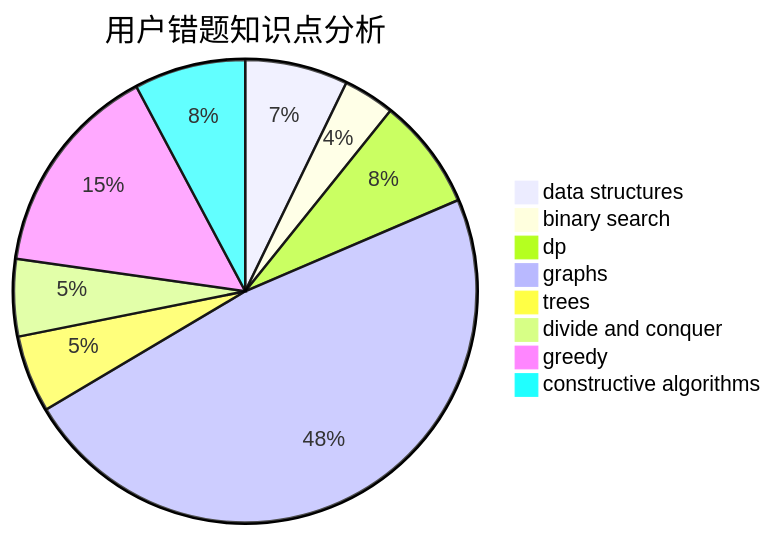
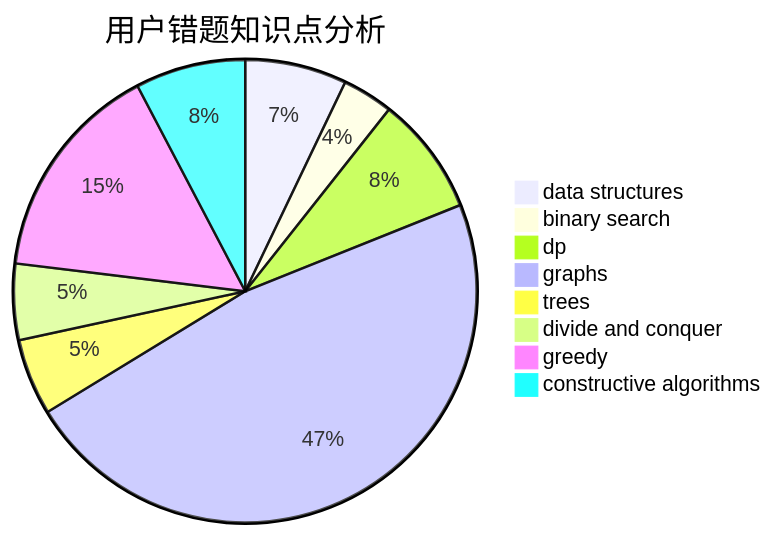
The third of 3 diagrams in docs/user/u2460.md (sherpahu/cfrs.github.io), drawn with Mermaid before and after one commit. The commit also changed other lines of this file and 2770 other files, not shown here.

````diff
--- a/docs/user/u2460.md
+++ b/docs/user/u2460.md
@@ -36,11 +36,11 @@
 ```mermaid
 pie title 用户错题知识点分析
     "data structures" :  12
     "binary search" :  6
-    "dp" :  13
+    "dp" :  14
     "graphs" :  80
     "trees" :  9
     "divide and conquer" :  9
-    "greedy" :  25
+    "greedy" :  26
     "constructive algorithms" :  13
 ```
````
